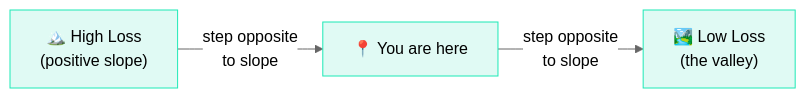
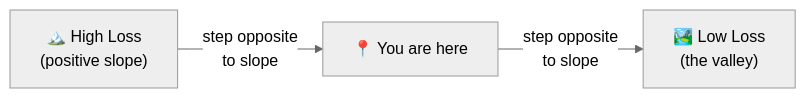
The diagram in docs/02-calculus-and-autograd/00-why-we-need-derivatives.md (iamkhalid2/microgpt-course), drawn with Mermaid (neutral theme) before and after one commit. The commit also changed 20 other files, not shown here.

Commit message:
Remove all inline Mermaid styles - let theme handle colors natively

````diff
--- a/docs/02-calculus-and-autograd/00-why-we-need-derivatives.md
+++ b/docs/02-calculus-and-autograd/00-why-we-need-derivatives.md
@@ -96,9 +96,5 @@
 ```mermaid
 flowchart LR
     A["🏔️ High Loss<br>(positive slope)"] -- "step opposite<br>to slope" --> B["📍 You are here"]
     B -- "step opposite<br>to slope" --> C["🏞️ Low Loss<br>(the valley)"]
-
-    style A fill:#e0faf4,stroke:#1de9b6
-    style B fill:#e0faf4,stroke:#1de9b6
-    style C fill:#e0faf4,stroke:#1de9b6
 ```
````
